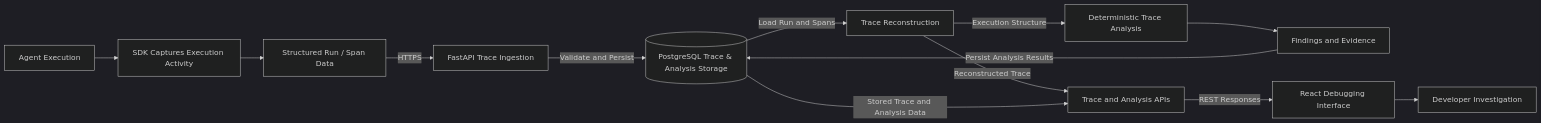
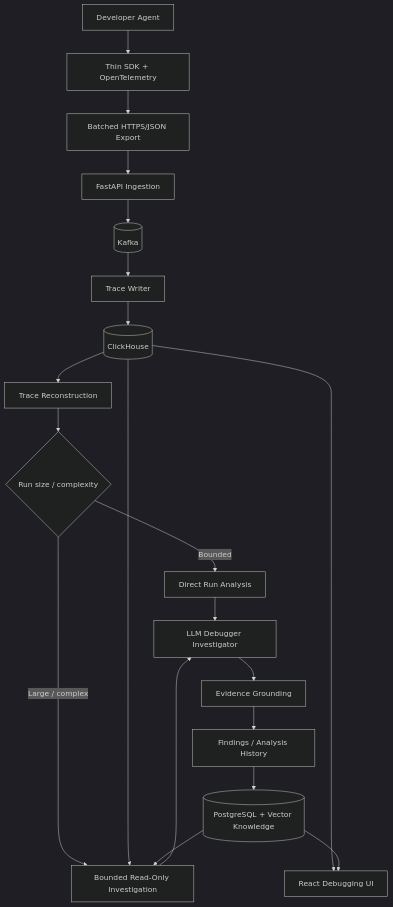
The diagram in docs/diagrams/end_to_end_data_flow.mermaid (gcharpe1604/ai_agent_debugger), drawn with Mermaid (dark theme) before and after one commit. The commit also changed 10 other files, not shown here.

Commit message:
docs: sync updated architecture from otel SDK foundation

```diff
--- a/docs/diagrams/end_to_end_data_flow.mermaid
+++ b/docs/diagrams/end_to_end_data_flow.mermaid
@@ -1,29 +1,26 @@
-flowchart LR
-    A[Agent Execution]
-    B[SDK Captures Execution Activity]
-    C[Structured Run / Span Data]
-    D[FastAPI Trace Ingestion]
-    E[(PostgreSQL Trace & Analysis Storage)]
-    F[Trace Reconstruction]
-    G[Deterministic Trace Analysis]
-    H[Findings and Evidence]
-    R[Trace and Analysis APIs]
-    I[React Debugging Interface]
-    J[Developer Investigation]
+flowchart TD
+    A[Developer Agent]
+    B[Thin SDK + OpenTelemetry]
+    C[Batched HTTPS/JSON Export]
+    D[FastAPI Ingestion]
+    E[(Kafka)]
+    F[Trace Writer]
+    G[(ClickHouse)]
+    H[Trace Reconstruction]
+    I{Run size / complexity}
+    J[Direct Run Analysis]
+    K[Bounded Read-Only Investigation]
+    L[(PostgreSQL + Vector Knowledge)]
+    M[LLM Debugger Investigator]
+    N[Evidence Grounding]
+    O[Findings / Analysis History]
+    P[React Debugging UI]
 
-    A --> B
-    B --> C
-    C -->|HTTPS| D
-    D -->|Validate and Persist| E
-
-    E -->|Load Run and Spans| F
-    F -->|Execution Structure| G
-    F -->|Reconstructed Trace| R
-
-    G --> H
-    H -->|Persist Analysis Results| E
-
-    E -->|Stored Trace and Analysis Data| R
-
-    R -->|REST Responses| I
-    I --> J
+    A --> B --> C --> D --> E --> F --> G --> H --> I
+    I -->|Bounded| J --> M
+    I -->|Large / complex| K --> M
+    G --> K
+    L --> K
+    M --> N --> O --> L
+    G --> P
+    L --> P
```
